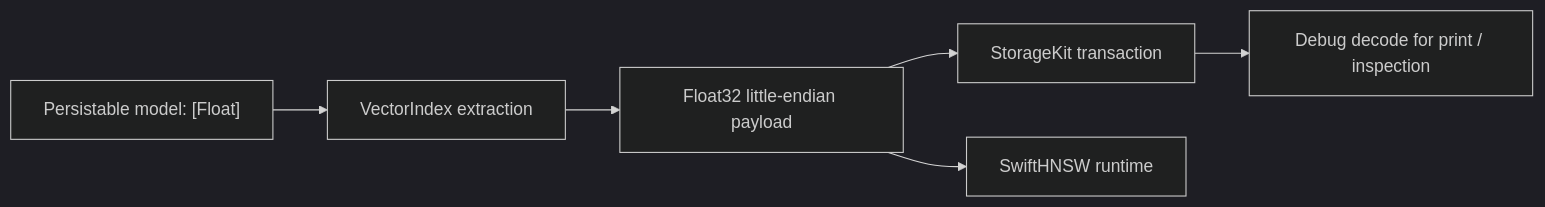
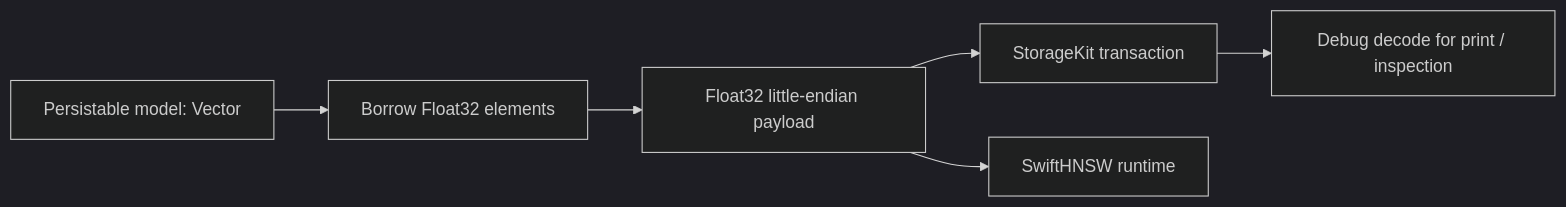
One commit to 1amageek/database-framework changed the diagram in docs/storage/vector-storage-and-hnsw.md. Above: the diagram before and after it, drawn with Mermaid (dark theme). The commit also changed other lines of this file and 12 other files, not shown here.

Commit message:
Make vector index layouts explicit

````diff
--- a/docs/storage/vector-storage-and-hnsw.md
+++ b/docs/storage/vector-storage-and-hnsw.md
@@ -7,8 +9,8 @@
 ```mermaid
 flowchart LR
-    A["Persistable model: [Float]"] --> B["VectorIndex extraction"]
+    A["Persistable model: Vector"] --> B["Borrow Float32 elements"]
     B --> C["Float32 little-endian payload"]
     C --> D["StorageKit transaction"]
     C --> E["SwiftHNSW runtime"]
     D --> F["Debug decode for print / inspection"]
 ```
````
